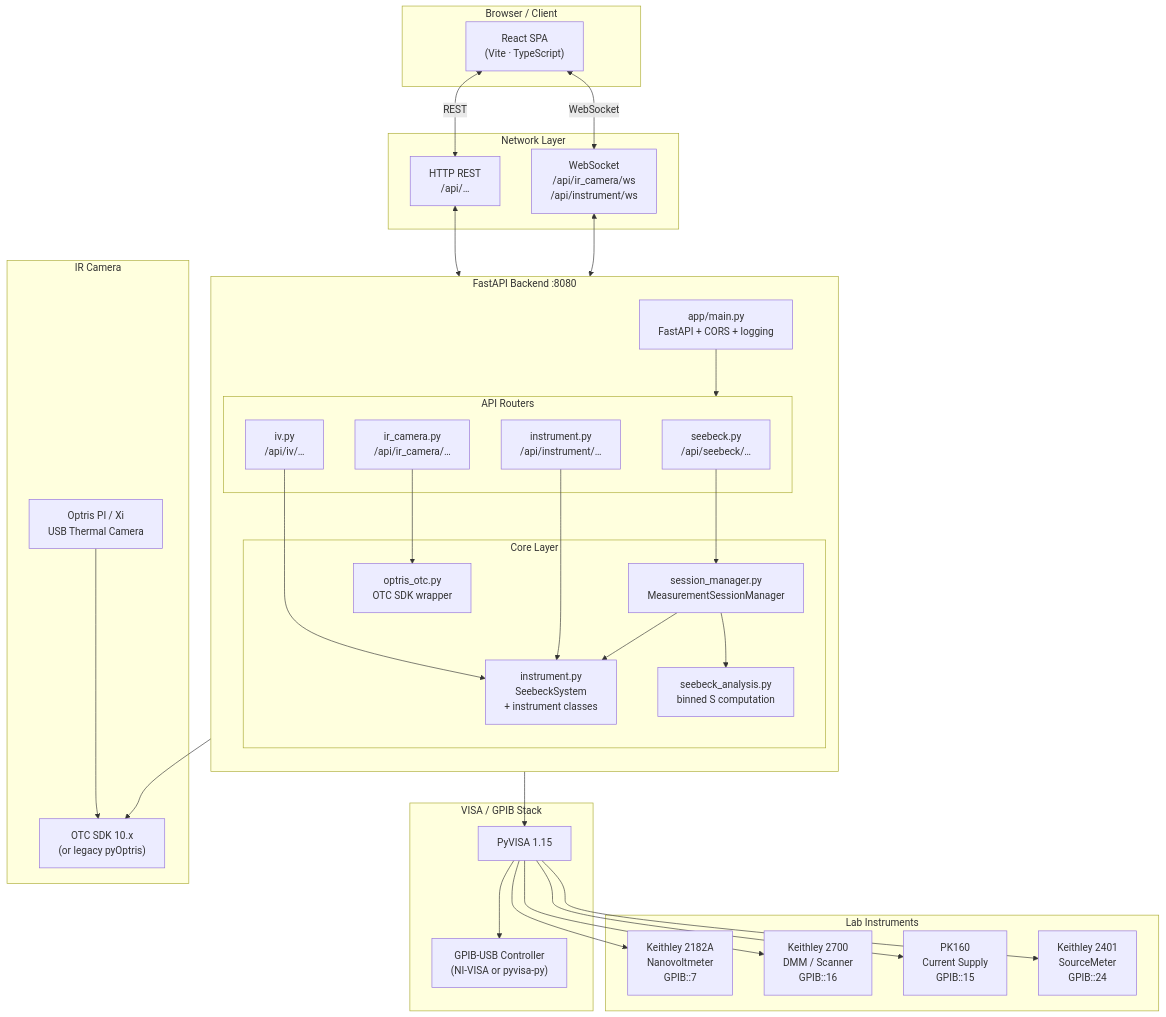
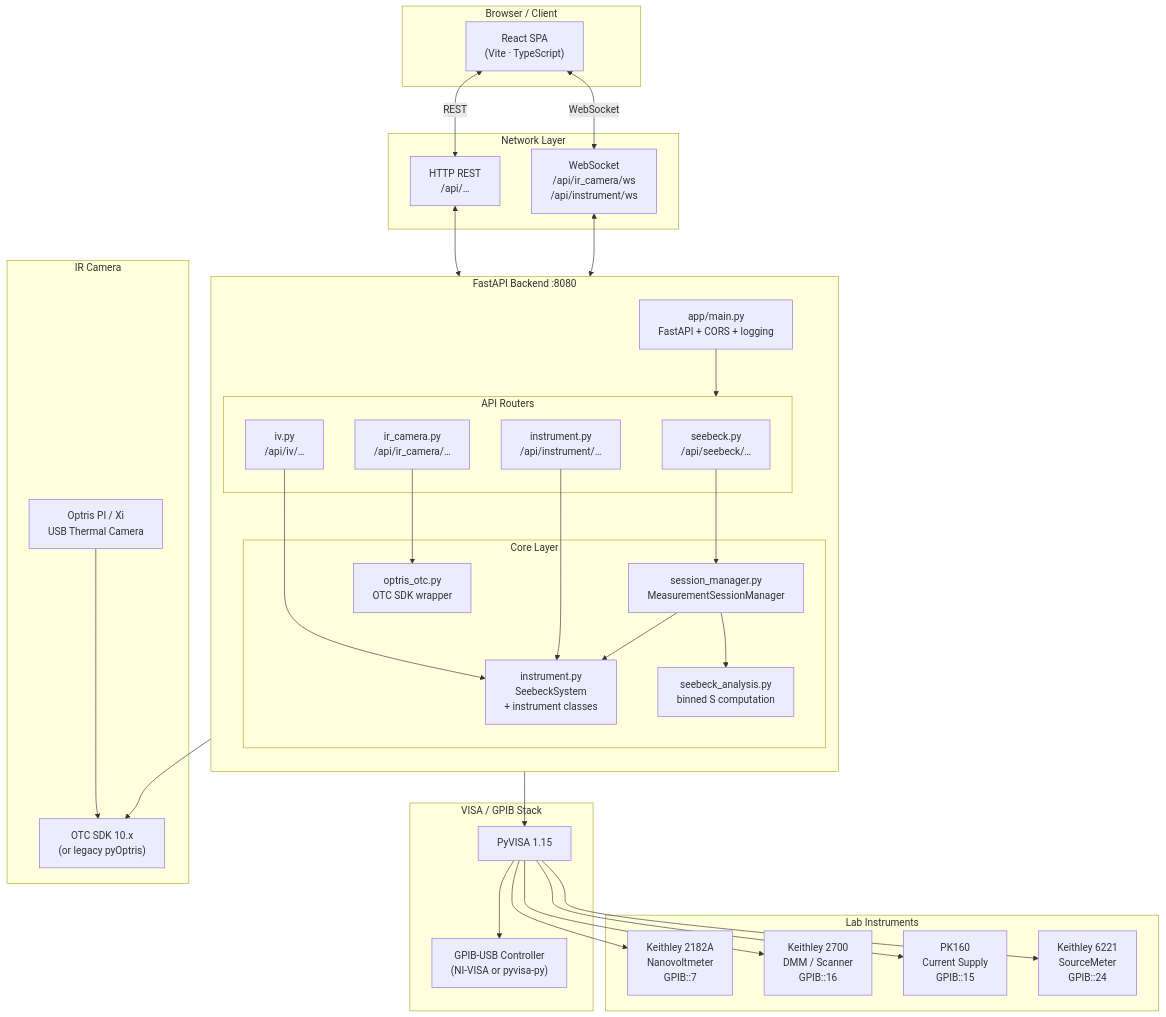
Before and after one commit to srinikhil25/V1_TE_measurements: the first of 11 diagrams in docs/ARCHITECTURE.md, drawn with Mermaid. The commit also changed other lines of this file and 22 other files, not shown here.

````diff
--- a/docs/ARCHITECTURE.md
+++ b/docs/ARCHITECTURE.md
@@ -44,68 +44,68 @@
 ```mermaid
 graph TB
     subgraph Browser["Browser / Client"]
         FE["React SPA\n(Vite · TypeScript)"]
     end
 
     subgraph Network["Network Layer"]
         HTTP["HTTP REST\n/api/…"]
         WS["WebSocket\n/api/ir_camera/ws\n/api/instrument/ws"]
     end
 
     subgraph Backend["FastAPI Backend  :8080"]
         direction TB
         APP["app/main.py\nFastAPI + CORS + logging"]
 
         subgraph Routers["API Routers"]
             RS["seebeck.py\n/api/seebeck/…"]
             RIV["iv.py\n/api/iv/…"]
             RI["instrument.py\n/api/instrument/…"]
             RIR["ir_camera.py\n/api/ir_camera/…"]
         end
 
         subgraph Core["Core Layer"]
             SM["session_manager.py\nMeasurementSessionManager"]
             INST["instrument.py\nSeebeckSystem\n+ instrument classes"]
             SA["seebeck_analysis.py\nbinned S computation"]
             OTC["optris_otc.py\nOTC SDK wrapper"]
         end
 
         APP --> Routers
         RS --> SM
         RIV --> INST
         RI --> INST
         RIR --> OTC
         SM --> INST
         SM --> SA
     end
 
     subgraph VISA["VISA / GPIB Stack"]
         PV["PyVISA 1.15"]
         GPIB["GPIB-USB Controller\n(NI-VISA or pyvisa-py)"]
         PV --> GPIB
     end
 
     subgraph Instruments["Lab Instruments"]
         K2182A["Keithley 2182A\nNanovoltmeter\nGPIB::7"]
         K2700["Keithley 2700\nDMM / Scanner\nGPIB::16"]
         PK160["PK160\nCurrent Supply\nGPIB::15"]
-        K2401["Keithley 2401\nSourceMeter\nGPIB::24"]
+        K6221["Keithley 6221\nSourceMeter\nGPIB::24"]
     end
 
     subgraph IRCamera["IR Camera"]
         OPTRIS["Optris PI / Xi\nUSB Thermal Camera"]
         OTC_SDK["OTC SDK 10.x\n(or legacy pyOptris)"]
         OPTRIS --> OTC_SDK
     end
 
     FE <-->|REST| HTTP
     FE <-->|WebSocket| WS
     HTTP <--> APP
     WS <--> APP
     INST --> PV
     PV --> K2182A
     PV --> K2700
     PV --> PK160
-    PV --> K2401
+    PV --> K6221
     OTC --> OTC_SDK
 ```
````
